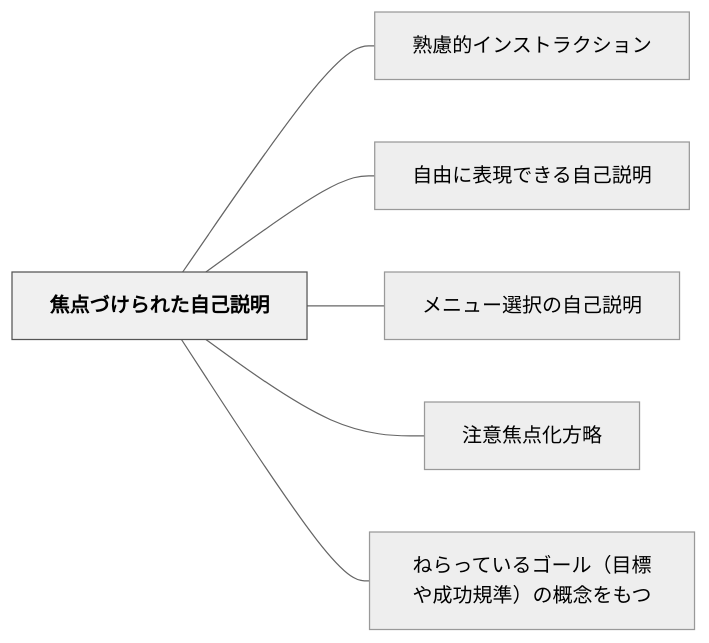
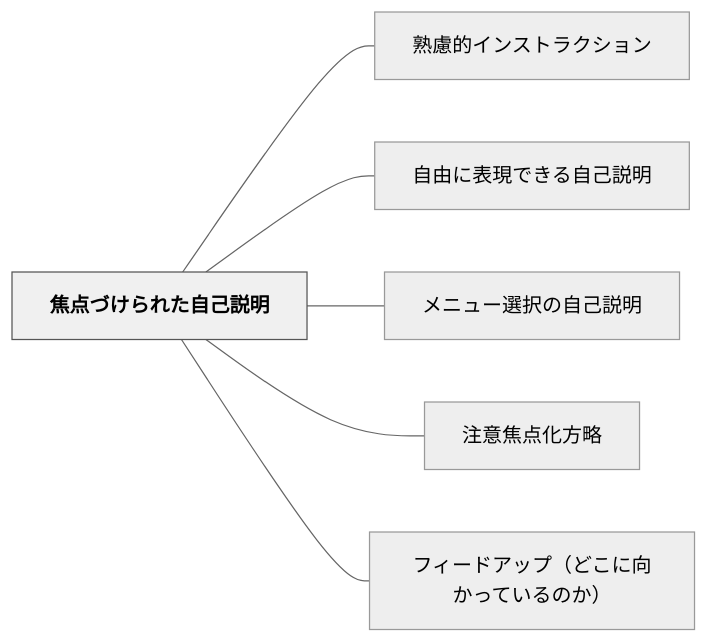
One commit to unknownthings-ed-patterns/unknownthings-ed-patterns changed the diagram in content/パタン/焦点づけられた自己説明.md. Above: the diagram before and after it, drawn with Mermaid (neutral theme). The commit also changed other lines of this file and 5 other files, not shown here.

````diff
--- a/content/パタン/焦点づけられた自己説明.md
+++ b/content/パタン/焦点づけられた自己説明.md
@@ -36,18 +36,18 @@
 ```mermaid
 flowchart LR
     ne784a6e782b9e381a5e38191e38289e3828ce3819fe887aae5b7b1e8aaace6988e["焦点づけられた自己説明"]
     ne7869fe685aee79a84e382a4e383b3e382b9e38388e383a9e382afe382b7e383a7e383b3["熟慮的インストラクション"]
     ne887aae794b1e381abe8a1a8e78fbee381a7e3818de3828be887aae5b7b1e8aaace6988e["自由に表現できる自己説明"]
     ne383a1e3838be383a5e383bce981b8e68a9ee381aee887aae5b7b1e8aaace6988e["メニュー選択の自己説明"]
     ne6b3a8e6848fe784a6e782b9e58c96e696b9e795a5["注意焦点化方略"]
-    ne381ade38289e381a3e381a6e38184e3828be382b4e383bce383abefbc88e79baee6a899e38284e68890e58a9fe8a68fe6ba96efbc89e381aee6a682e5bfb5e38292e38282e381a4["ねらっているゴール（目標や成功規準）の概念をもつ"]
+    ne38395e382a3e383bce38389e382a2e38383e38397efbc88e381a9e38193e381abe59091e3818be381a3e381a6e38184e3828be381aee3818befbc89["フィードアップ（どこに向かっているのか）"]
 
     ne784a6e782b9e381a5e38191e38289e3828ce3819fe887aae5b7b1e8aaace6988e --- ne7869fe685aee79a84e382a4e383b3e382b9e38388e383a9e382afe382b7e383a7e383b3
     ne784a6e782b9e381a5e38191e38289e3828ce3819fe887aae5b7b1e8aaace6988e --- ne887aae794b1e381abe8a1a8e78fbee381a7e3818de3828be887aae5b7b1e8aaace6988e
     ne784a6e782b9e381a5e38191e38289e3828ce3819fe887aae5b7b1e8aaace6988e --- ne383a1e3838be383a5e383bce981b8e68a9ee381aee887aae5b7b1e8aaace6988e
     ne784a6e782b9e381a5e38191e38289e3828ce3819fe887aae5b7b1e8aaace6988e --- ne6b3a8e6848fe784a6e782b9e58c96e696b9e795a5
-    ne784a6e782b9e381a5e38191e38289e3828ce3819fe887aae5b7b1e8aaace6988e --- ne381ade38289e381a3e381a6e38184e3828be382b4e383bce383abefbc88e79baee6a899e38284e68890e58a9fe8a68fe6ba96efbc89e381aee6a682e5bfb5e38292e38282e381a4
+    ne784a6e782b9e381a5e38191e38289e3828ce3819fe887aae5b7b1e8aaace6988e --- ne38395e382a3e383bce38389e382a2e38383e38397efbc88e381a9e38193e381abe59091e3818be381a3e381a6e38184e3828be381aee3818befbc89
 
     classDef hub fill:#f0f0f0,stroke:#555,color:#000,font-weight:bold
     class ne784a6e782b9e381a5e38191e38289e3828ce3819fe887aae5b7b1e8aaace6988e hub
 ```
````
